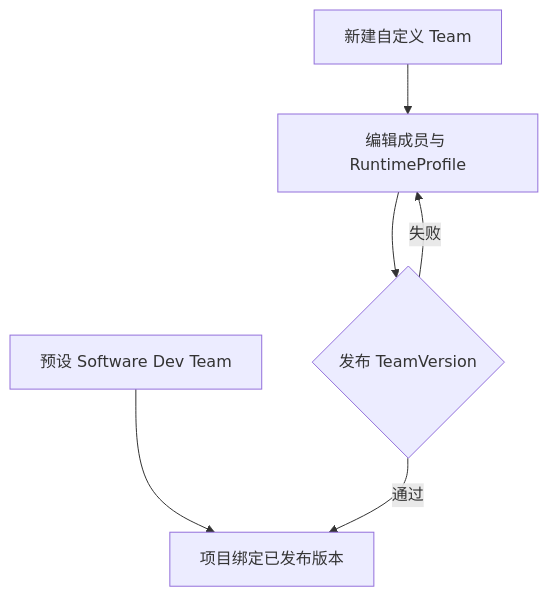
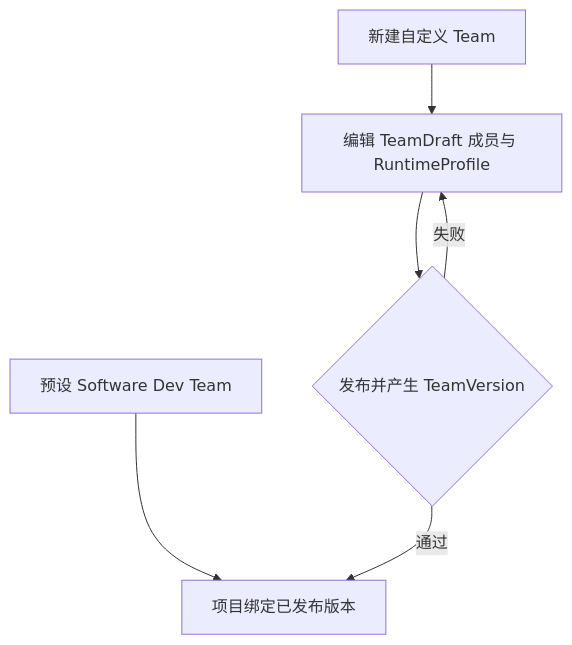
The eighth of 10 diagrams in docs/product-ui/02-core-user-flows.md (nicechencs/workforce), drawn with Mermaid before and after one commit. The commit also changed other lines of this file and 29 other files, not shown here.

First line of the commit message:
docs: align D15-D18 contracts, flows, and docs checks

````diff
--- a/docs/product-ui/02-core-user-flows.md
+++ b/docs/product-ui/02-core-user-flows.md
@@ -135,8 +176,8 @@
 ```mermaid
 flowchart TD
   Preset[预设 Software Dev Team] --> Use[项目绑定已发布版本]
-  New[新建自定义 Team] --> Draft[编辑成员与 RuntimeProfile]
-  Draft --> Pub{发布 TeamVersion}
+  New[新建自定义 Team] --> Draft[编辑 TeamDraft 成员与 RuntimeProfile]
+  Draft --> Pub{发布并产生 TeamVersion}
   Pub -->|通过| Use
   Pub -->|失败| Draft
 ```
````
